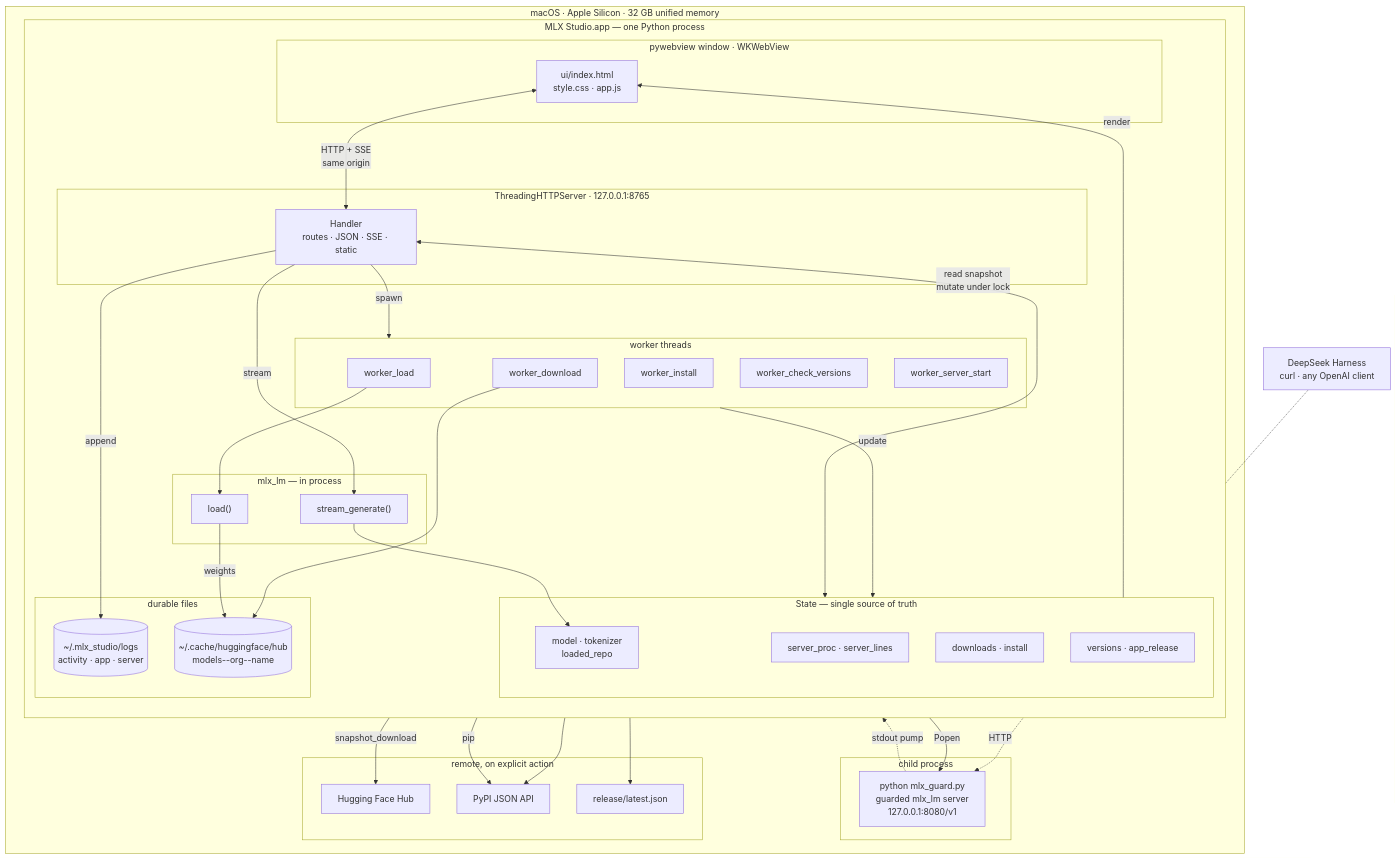
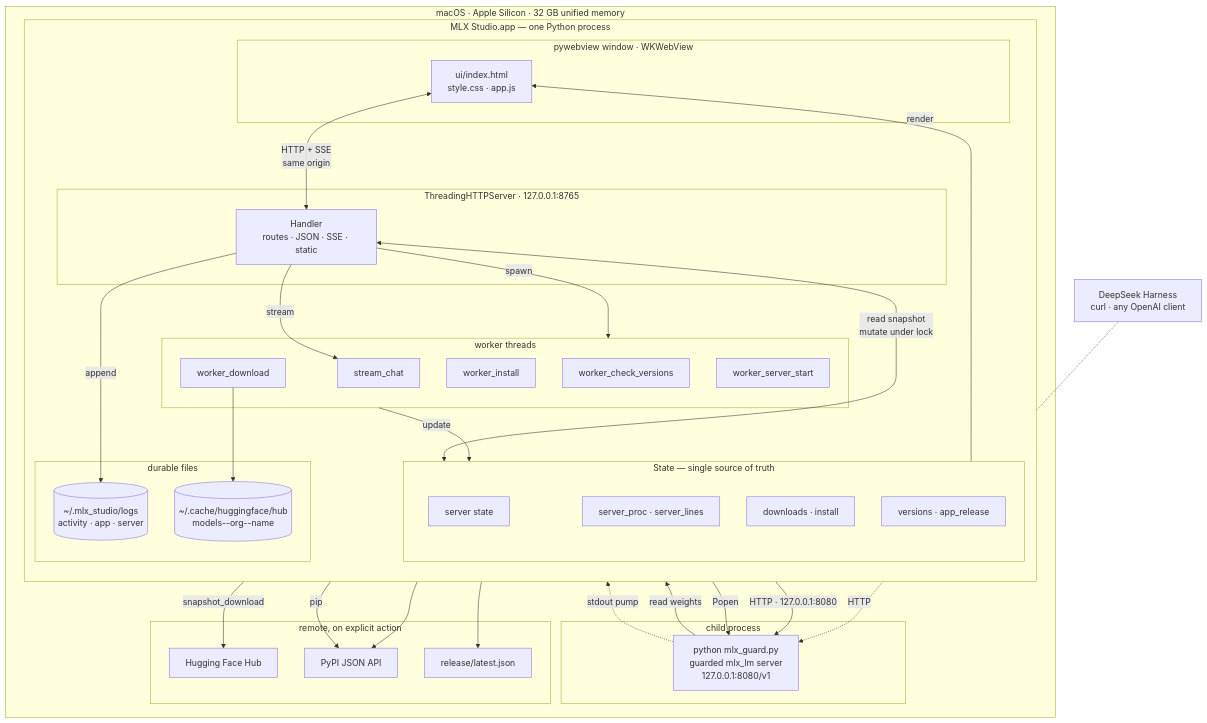
The diagram in docs/diagrams/runtime.md (DipeshPansuriya/MLX_Model_App), drawn with Mermaid before and after one commit. The commit also changed other lines of this file and 114 other files, not shown here.

First line of the commit message:
release: 2.0.13 direct MLX and OptiQ engines, load test up to 1M, new start flow (#31)

````diff
--- a/docs/diagrams/runtime.md
+++ b/docs/diagrams/runtime.md
@@ -15,72 +21,66 @@
 ```mermaid
 flowchart TB
     subgraph MAC["macOS · Apple Silicon · 32 GB unified memory"]
         subgraph APP["MLX Studio.app — one Python process"]
             direction TB
 
             subgraph UI["pywebview window · WKWebView"]
                 PAGE["ui/index.html<br/>style.css · app.js"]
             end
 
             subgraph HTTP["ThreadingHTTPServer · 127.0.0.1:8765"]
                 ROUTER["Handler<br/>routes · JSON · SSE · static"]
             end
 
             subgraph STATE["State — single source of truth"]
-                SLOT["model · tokenizer<br/>loaded_repo"]
+                SLOT["server state"]
                 SESS["server_proc · server_lines"]
                 PROG["downloads · install"]
                 VERS["versions · app_release"]
             end
 
             subgraph WORK["worker threads"]
-                WLOAD["worker_load"]
+                WCHAT["stream_chat"]
                 WDL["worker_download"]
                 WINST["worker_install"]
                 WVER["worker_check_versions"]
                 WSRV["worker_server_start"]
-            end
-
-            subgraph MLX["mlx_lm — in process"]
-                LOAD["load()"]
-                GEN["stream_generate()"]
             end
 
             subgraph FILES["durable files"]
                 LOG[("~/.mlx_studio/logs<br/>activity · app · server")]
                 CACHE[("~/.cache/huggingface/hub<br/>models--org--name")]
             end
         end
 
         subgraph CHILD["child process"]
             SRV["python mlx_guard.py<br/>guarded mlx_lm server<br/>127.0.0.1:8080/v1"]
         end
 
         subgraph EXT["remote, on explicit action"]
             HF["Hugging Face Hub"]
             PYPI["PyPI JSON API"]
             GH["release/latest.json"]
         end
     end
 
     PAGE <-->|"HTTP + SSE<br/>same origin"| ROUTER
     ROUTER <-->|"read snapshot<br/>mutate under lock"| STATE
     ROUTER -->|"spawn"| WORK
     WORK -->|"update"| STATE
-    WLOAD --> LOAD
-    LOAD -->|"weights"| CACHE
-    ROUTER -->|"stream"| GEN
-    GEN --> SLOT
+    ROUTER -->|"stream"| WCHAT
+    WCHAT -->|"HTTP · 127.0.0.1:8080"| SRV
+    SRV -->|"read weights"| CACHE
     WDL -->|"snapshot_download"| HF
     WDL --> CACHE
     WVER --> PYPI
     WVER --> GH
     WINST -->|"pip"| PYPI
     WSRV -->|"Popen"| SRV
     SRV -.->|"stdout pump"| SESS
     ROUTER -->|"append"| LOG
     STATE -->|"render"| PAGE
 
     CLIENT["DeepSeek Harness<br/>curl · any OpenAI client"]
     CLIENT -.->|"HTTP"| SRV
 ```
````
